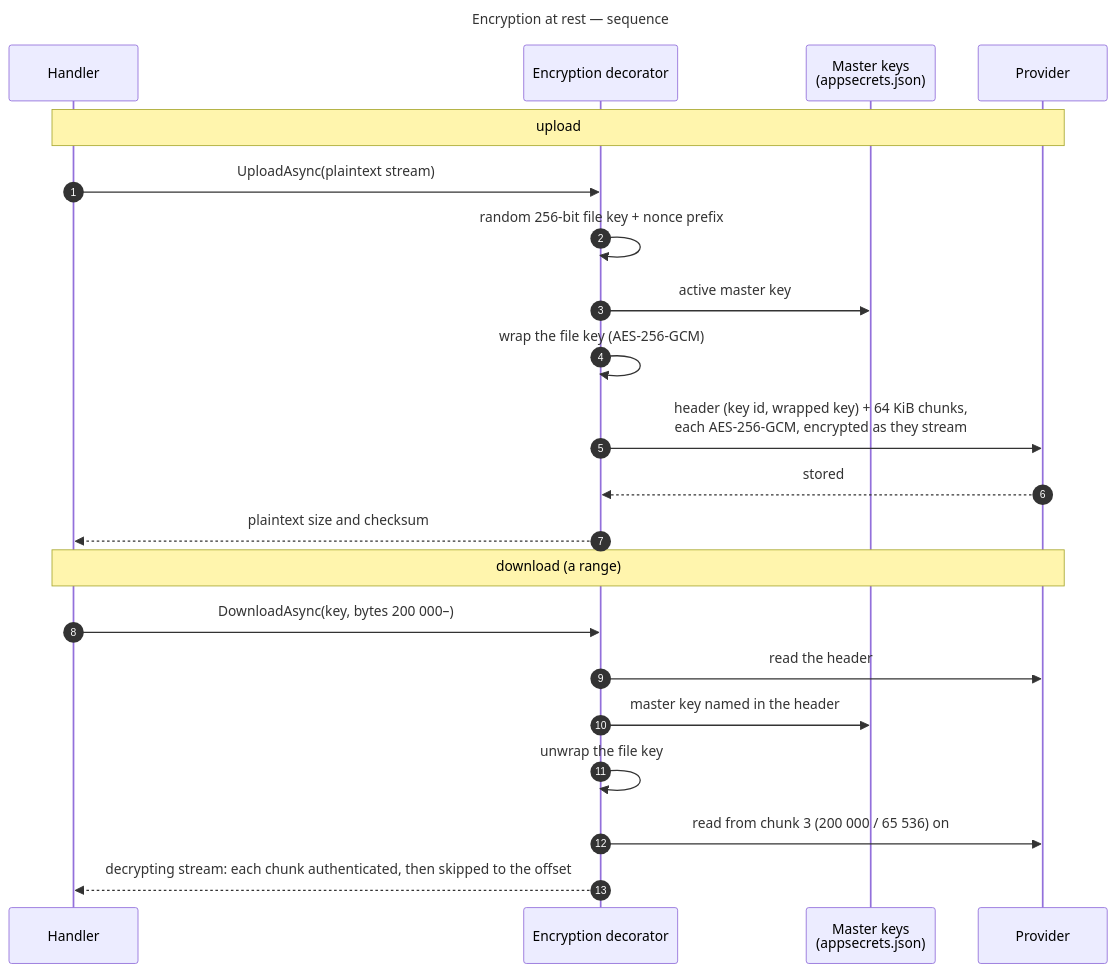
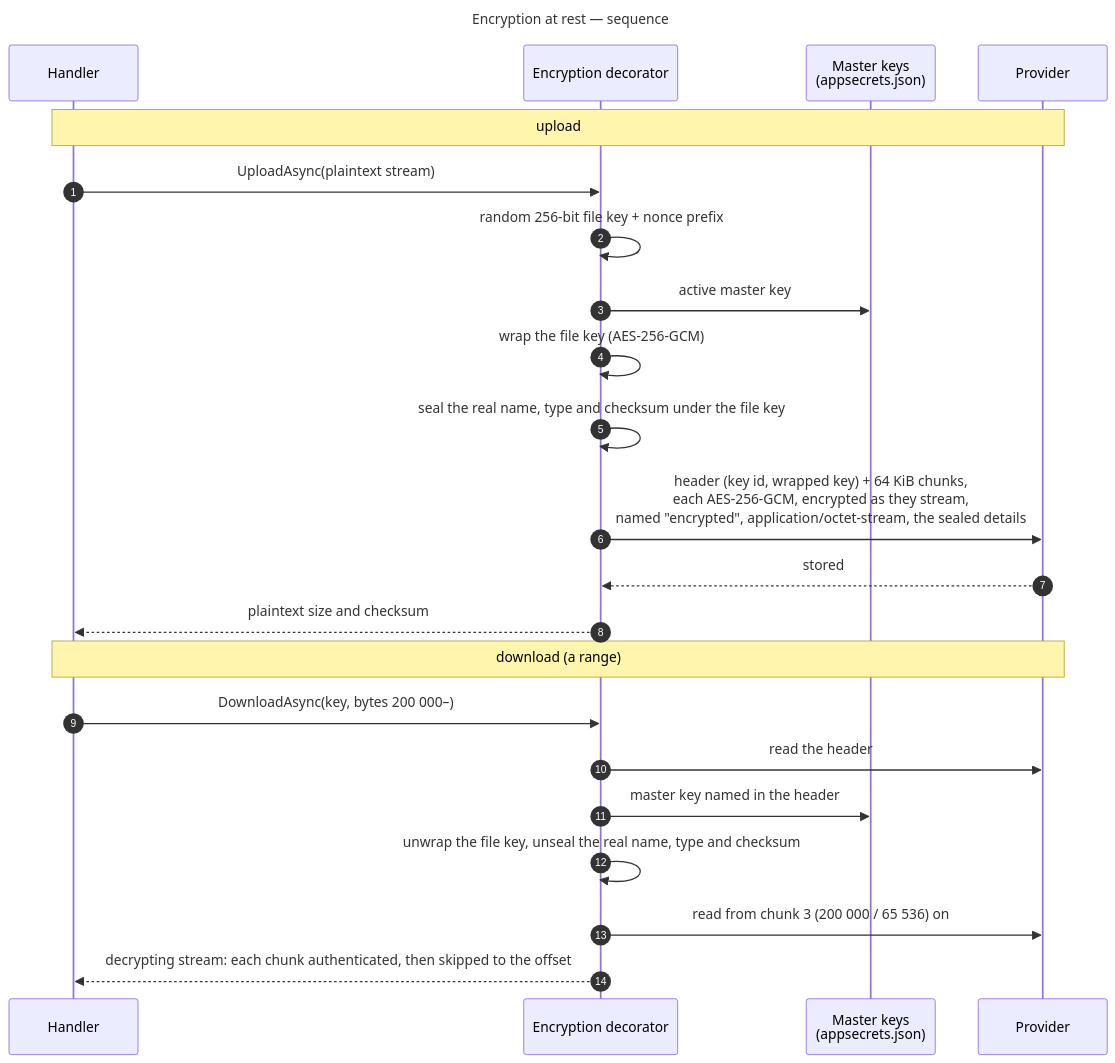
The tenth of 15 diagrams in docs/sequence-diagrams.md (gmetskhvarishvili/GM.FileStorage.Samples), drawn with Mermaid before and after one commit. The commit also changed other lines of this file and 15 other files, not shown here.

````diff
--- a/docs/sequence-diagrams.md
+++ b/docs/sequence-diagrams.md
@@ -335,28 +335,29 @@
 ```mermaid
 ---
 title: Encryption at rest — sequence
 ---
 sequenceDiagram
     autonumber
     participant H as Handler
     participant E as Encryption decorator
     participant K as Master keys<br/>(appsecrets.json)
     participant P as Provider
 
     Note over H,P: upload
     H->>E: UploadAsync(plaintext stream)
     E->>E: random 256-bit file key + nonce prefix
     E->>K: active master key
     E->>E: wrap the file key (AES-256-GCM)
-    E->>P: header (key id, wrapped key) + 64 KiB chunks,<br/>each AES-256-GCM, encrypted as they stream
+    E->>E: seal the real name, type and checksum under the file key
+    E->>P: header (key id, wrapped key) + 64 KiB chunks,<br/>each AES-256-GCM, encrypted as they stream,<br/>named "encrypted", application/octet-stream, the sealed details
     P-->>E: stored
     E-->>H: plaintext size and checksum
 
     Note over H,P: download (a range)
     H->>E: DownloadAsync(key, bytes 200 000–)
     E->>P: read the header
     E->>K: master key named in the header
-    E->>E: unwrap the file key
+    E->>E: unwrap the file key, unseal the real name, type and checksum
     E->>P: read from chunk 3 (200 000 / 65 536) on
     E-->>H: decrypting stream: each chunk authenticated, then skipped to the offset
 ```
````
